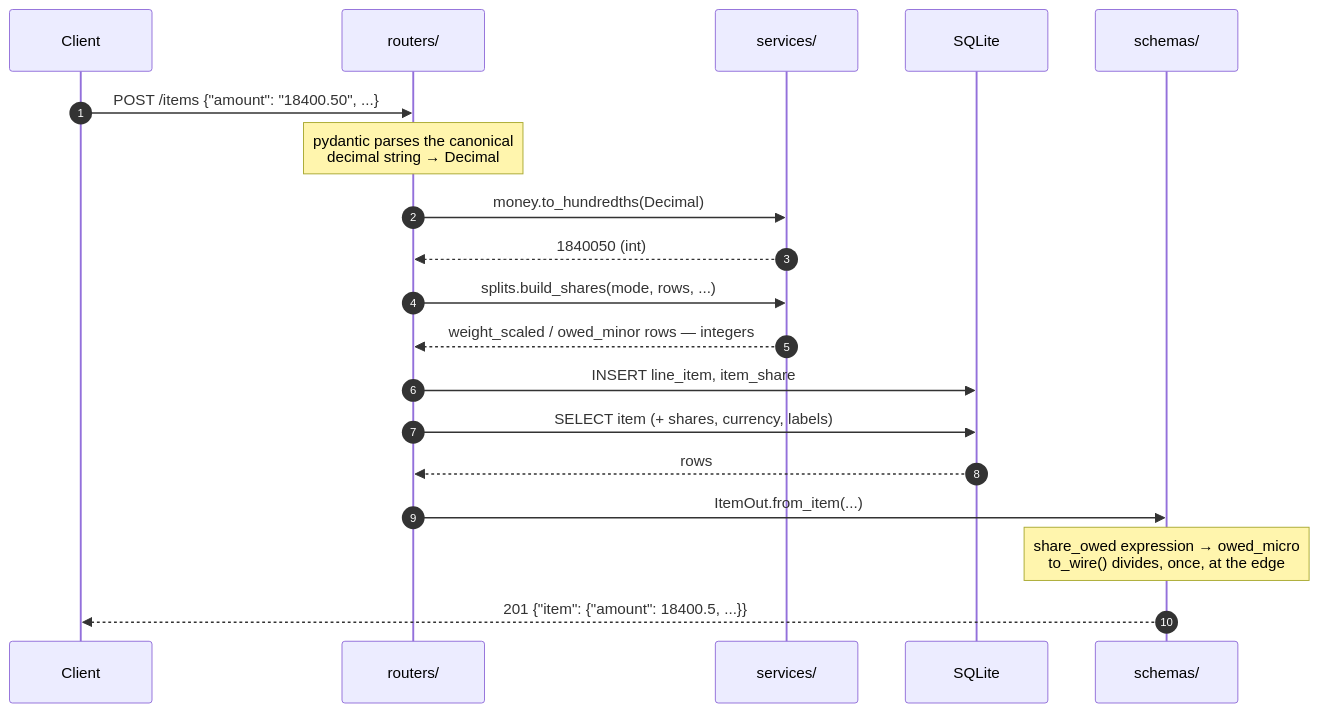
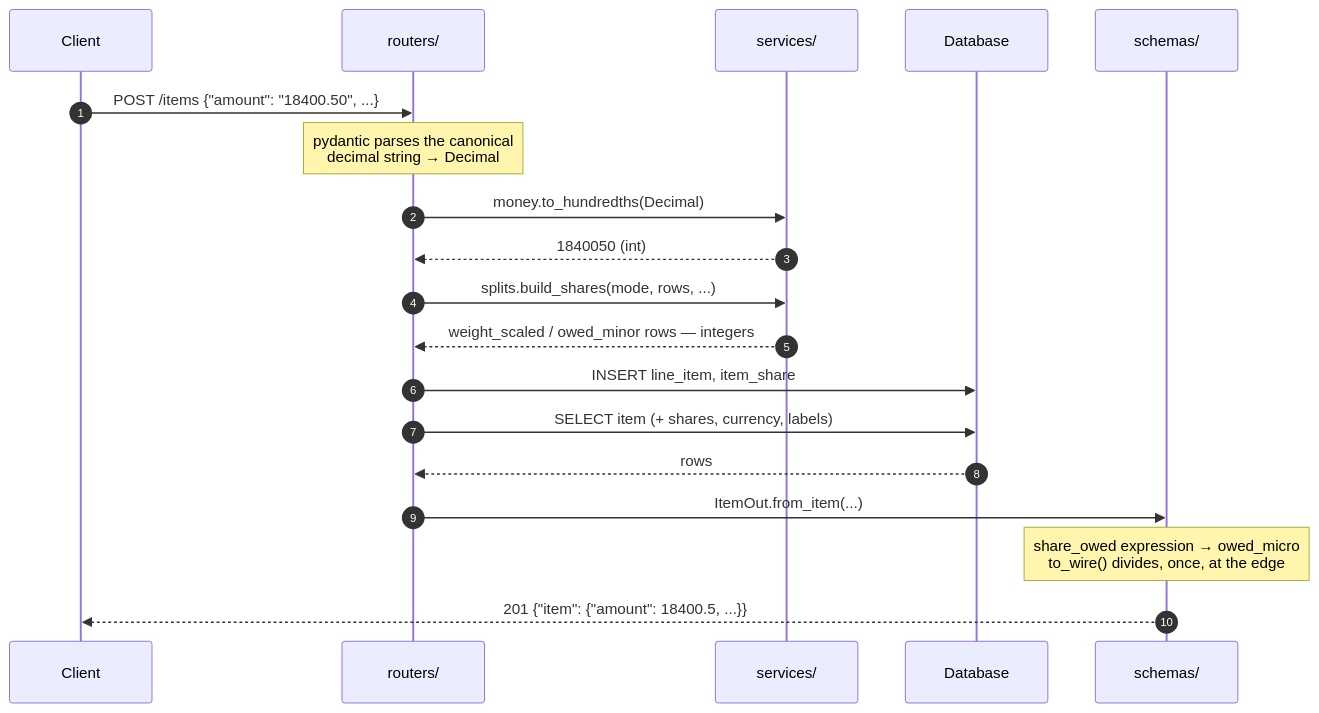
Before and after one commit to pehala/tripaccounter: the second of 7 diagrams in design/ARCHITECTURE.md, drawn with Mermaid. The commit also changed other lines of this file and 4 other files, not shown here.

````diff
--- a/design/ARCHITECTURE.md
+++ b/design/ARCHITECTURE.md
@@ -61,22 +62,22 @@
 ```mermaid
 sequenceDiagram
     autonumber
     participant C as Client
     participant R as routers/
     participant S as services/
-    participant DB as SQLite
+    participant DB as Database
     participant W as schemas/
 
     C->>R: POST /items {"amount": "18400.50", ...}
     Note over R: pydantic parses the canonical<br/>decimal string → Decimal
     R->>S: money.to_hundredths(Decimal)
     S-->>R: 1840050 (int)
     R->>S: splits.build_shares(mode, rows, ...)
     S-->>R: weight_scaled / owed_minor rows — integers
     R->>DB: INSERT line_item, item_share
     R->>DB: SELECT item (+ shares, currency, labels)
     DB-->>R: rows
     R->>W: ItemOut.from_item(...)
     Note over W: share_owed expression → owed_micro<br/>to_wire() divides, once, at the edge
     W-->>C: 201 {"item": {"amount": 18400.5, ...}}
 ```
````
